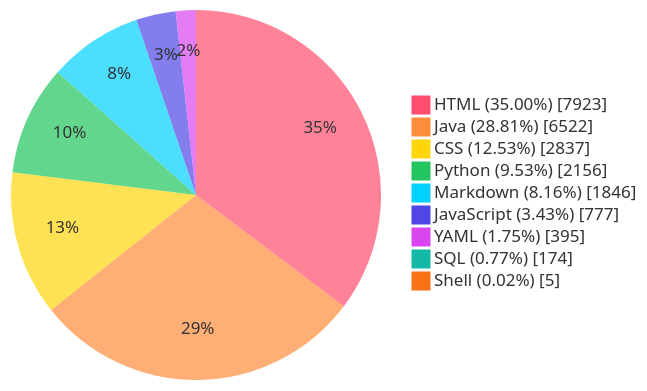
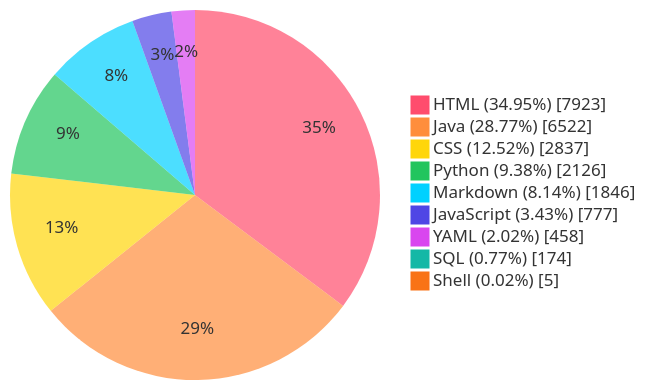
The diagram in README.md (TheBadRoger/BUCT-Teaching-Aids), drawn with Mermaid before and after one commit. The commit also changed other lines of this file and 7 other files, not shown here.

````diff
--- a/README.md
+++ b/README.md
@@ -41,28 +41,28 @@
 ```mermaid
 %%{init: {'theme':'base','themeVariables': {
   'fontFamily': 'Fira Code, JetBrains Mono, Source Code Pro, Cascadia Code, Menlo, Consolas, monospace',
   'pieStrokeColor': 'transparent',
   'pieStrokeWidth': '0px',
   'pieOuterStrokeWidth': '0px',
   'pie1': '#FF4D6D',
   'pie2': '#FF8E3C',
   'pie3': '#FFD60A',
   'pie4': '#22C55E',
   'pie5': '#00D1FF',
   'pie6': '#4F46E5',
   'pie7': '#D946EF',
   'pie8': '#14B8A6',
   'pie9': '#F97316',
   'pie10': '#A855F7'
 }}}%%
 pie showData
-    "HTML (35.00%)" : 7923
-    "Java (28.81%)" : 6522
-    "CSS (12.53%)" : 2837
-    "Python (9.53%)" : 2156
-    "Markdown (8.16%)" : 1846
+    "HTML (34.95%)" : 7923
+    "Java (28.77%)" : 6522
+    "CSS (12.52%)" : 2837
+    "Python (9.38%)" : 2126
+    "Markdown (8.14%)" : 1846
     "JavaScript (3.43%)" : 777
-    "YAML (1.75%)" : 395
+    "YAML (2.02%)" : 458
     "SQL (0.77%)" : 174
     "Shell (0.02%)" : 5
 ```
````
